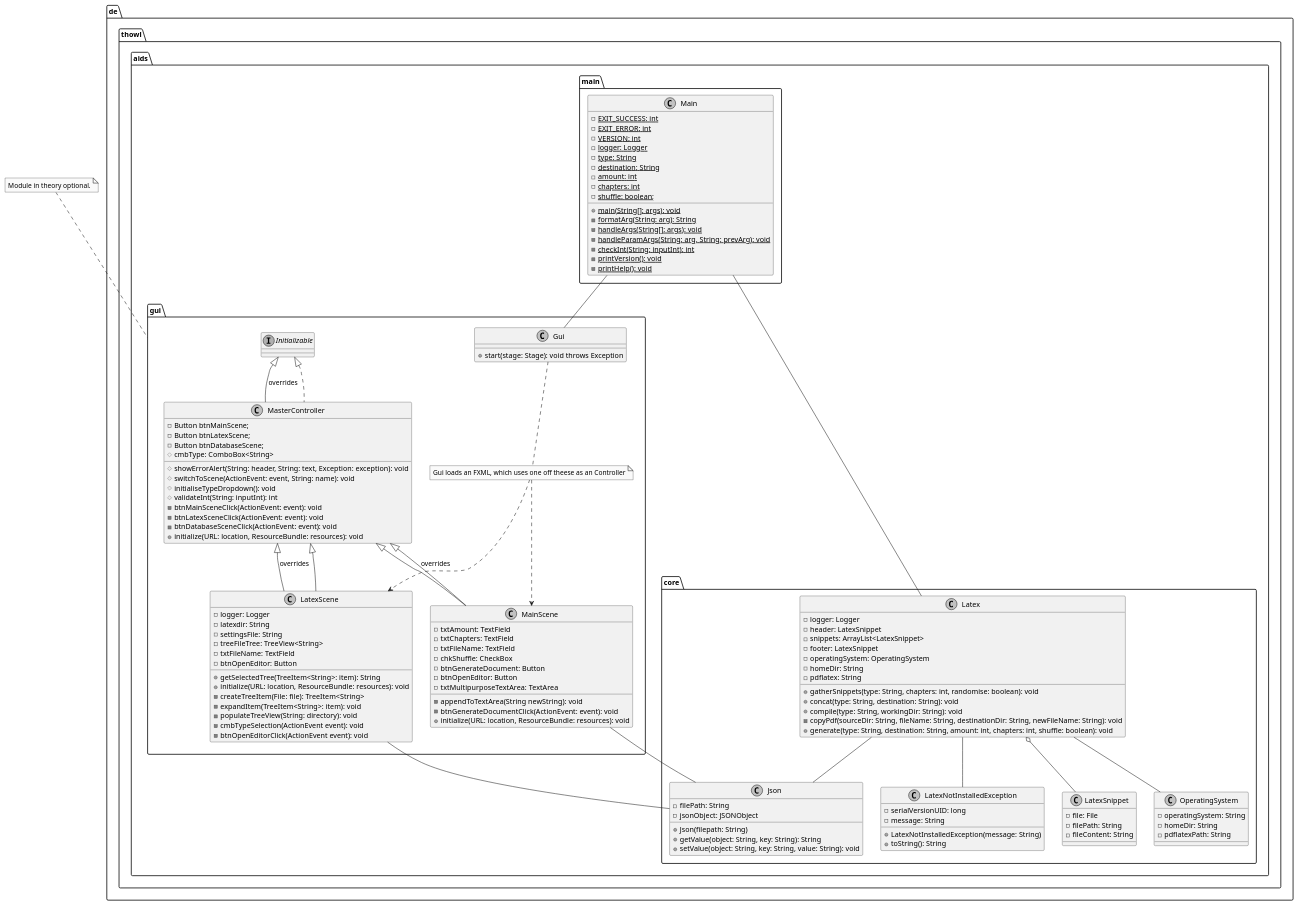
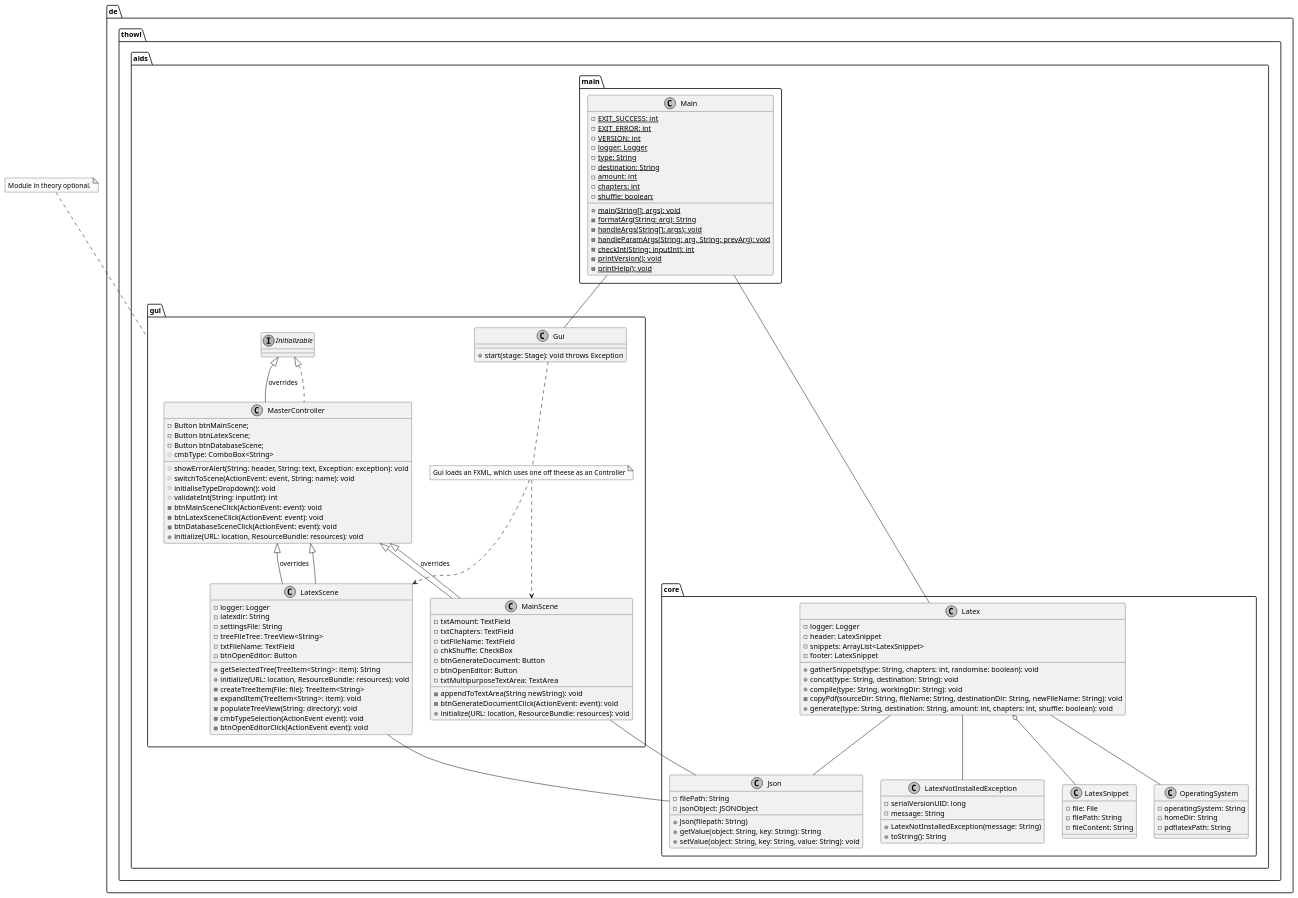
The diagram in docs/dev/technical_documentation/diagramm/uml/aids.puml (j0giwa/autonomous-instant-documents), drawn with PlantUML before and after one commit. The commit also changed 15 other files, not shown here.

```diff
--- a/docs/dev/technical_documentation/diagramm/uml/aids.puml
+++ b/docs/dev/technical_documentation/diagramm/uml/aids.puml
@@ -1,140 +1,137 @@
 @startuml aids
 
 skinparam monochrome true
 
 de.thowl.aids.main.Main -- de.thowl.aids.gui.Gui
 de.thowl.aids.main.Main -- de.thowl.aids.core.Latex
 de.thowl.aids.gui.MainScene -- de.thowl.aids.core.Json
 de.thowl.aids.gui.LatexScene -- de.thowl.aids.core.Json
 
 package de.thowl.aids.main {
 	class Main {
 		- {static} EXIT_SUCCESS: int
 		- {static} EXIT_ERROR: int
 		- {static} VERSION: int
 		- {static} logger: Logger
 		- {static} type: String
 		- {static} destination: String
 		- {static} amount: int
 		- {static} chapters: int
 		- {static} shuffle: boolean;
 		+ {static} main(String[]: args): void
 		- {static} formatArg(String: arg): String
 		- {static} handleArgs(String[]: args): void
 		- {static} handleParamArgs(String: arg, String: prevArg): void
 		- {static} checkInt(String: inputInt): int
 		- {static} printVersion(): void
 		- {static} printHelp(): void
 	}
 }
 
 package de.thowl.aids.core {
 	class Latex {
 		- logger: Logger
 		- header: LatexSnippet
 		- snippets: ArrayList<LatexSnippet>
 		- footer: LatexSnippet
-		- operatingSystem: OperatingSystem
-		- homeDir: String
-		- pdflatex: String
 		+ gatherSnippets(type: String, chapters: int, randomise: boolean): void
 		+ concat(type: String, destination: String): void
 		+ compile(type: String, workingDir: String): void
 		- copyPdf(sourceDir: String, fileName: String, destinationDir: String, newFileName: String): void
 		+ generate(type: String, destination: String, amount: int, chapters: int, shuffle: boolean): void
 	}
 
 	Latex o-- LatexSnippet 
 	Latex -- OperatingSystem
 	Latex -- Json
 	Latex -- LatexNotInstalledException
 
 	class OperatingSystem {
 		- operatingSystem: String
 		- homeDir: String
 		- pdflatexPath: String
 	}
 
 	class Json {
 		- filePath: String
 		- jsonObject: JSONObject
 		+ Json(filepath: String)
 		+ getValue(object: String, key: String): String
 		+ setValue(object: String, key: String, value: String): void
 	}
 
 	class LatexNotInstalledException {
 		- serialVersionUID: long
 		- message: String
 		+ LatexNotInstalledException(message: String)
 		+ toString(): String
 	}
 
 	class LatexSnippet {
 		- file: File
 		- filePath: String
 		- fileContent: String
 	}
 
 }
 
 note top of de.thowl.aids.gui : Module in theory optional.
 package de.thowl.aids.gui{
 	class Gui {
 		+ start(stage: Stage): void throws Exception
 	}
 
 	note "Gui loads an FXML, which uses one off theese as an Controller" as N1
 	Gui .. N1
 	N1 ..> MainScene
 	N1 ..> LatexScene
 
 	class MasterController implements Initializable{
 		- Button btnMainScene;
 		- Button btnLatexScene;
 		- Button btnDatabaseScene;
 		# cmbType: ComboBox<String>
 		# showErrorAlert(String: header, String: text, Exception: exception): void
 		# switchToScene(ActionEvent: event, String: name): void
 		# initialiseTypeDropdown(): void
 		# validateInt(String: inputInt): int
 		- btnMainSceneClick(ActionEvent: event): void
 		- btnLatexSceneClick(ActionEvent: event): void
 		- btnDatabaseSceneClick(ActionEvent: event): void
 		+ initialize(URL: location, ResourceBundle: resources): void
 	}
 
 	class MainScene extends MasterController {
 		- txtAmount: TextField
 		- txtChapters: TextField
 		- txtFileName: TextField
 		- chkShuffle: CheckBox
 		- btnGenerateDocument: Button
 		- btnOpenEditor: Button
 		- txtMultipurposeTextArea: TextArea
 		- appendToTextArea(String newString): void
 		- btnGenerateDocumentClick(ActionEvent: event): void
 		+ initialize(URL: location, ResourceBundle: resources): void
 	}
 
 	class LatexScene extends MasterController {
 		- logger: Logger
 		- latexdir: String
 		- settingsFile: String
 		- treeFileTree: TreeView<String>
 		- txtFileName: TextField
 		- btnOpenEditor: Button
 		+ getSelectedTree(TreeItem<String>: item): String
 		+ initialize(URL: location, ResourceBundle: resources): void
 		- createTreeItem(File: file): TreeItem<String>
 		- expandItem(TreeItem<String>: item): void
 		- populateTreeView(String: directory): void
 		- cmbTypeSelection(ActionEvent event): void
 		- btnOpenEditorClick(ActionEvent event): void 
 	}
 
 	Initializable <|-- MasterController : overrides
 	MasterController <|-- MainScene : overrides
 	MasterController <|-- LatexScene : overrides
 }
 @enduml
```
